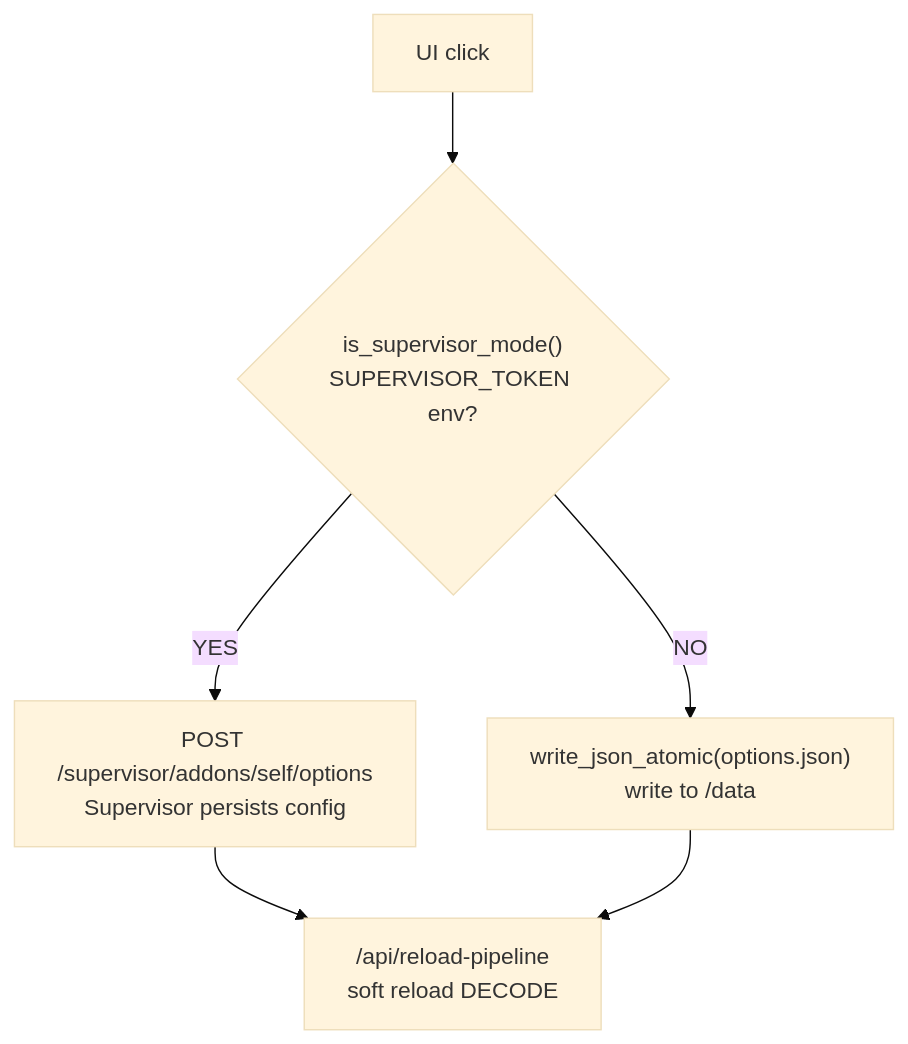
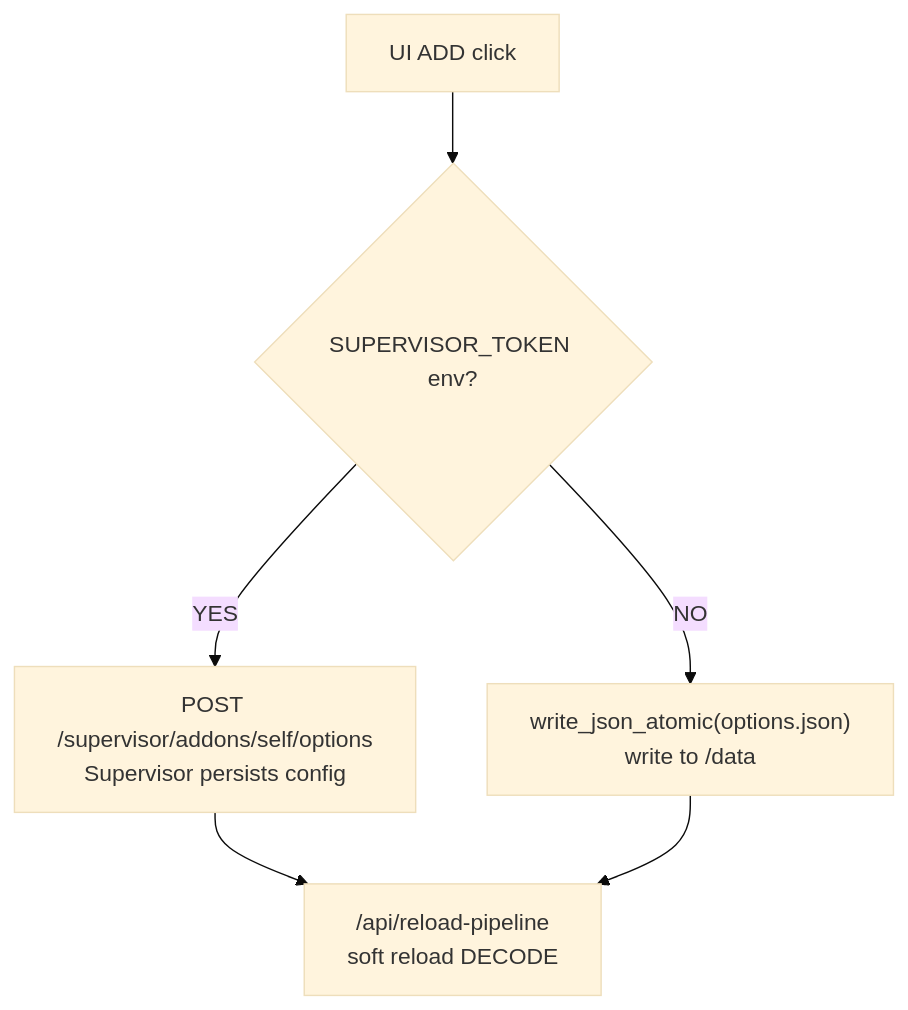
The sixth of 7 diagrams in docs/README.en.md (Kustonium/homeassistant-wmbus-mqtt-bridge-dev), drawn with Mermaid (base theme) before and after one commit. The commit also changed other lines of this file and 222 other files, not shown here.

````diff
--- a/docs/README.en.md
+++ b/docs/README.en.md
@@ -665,8 +650,8 @@
 ```mermaid
 flowchart TD
-  A["UI click"] --> B{"is_supervisor_mode()<br/>SUPERVISOR_TOKEN env?"}
+  A["UI ADD click"] --> B{"SUPERVISOR_TOKEN env?"}
   B -- "YES" --> C["POST /supervisor/addons/self/options<br/>Supervisor persists config"]
   B -- "NO" --> D["write_json_atomic(options.json)<br/>write to /data"]
   C --> E["/api/reload-pipeline<br/>soft reload DECODE"]
   D --> E
 ```
````
